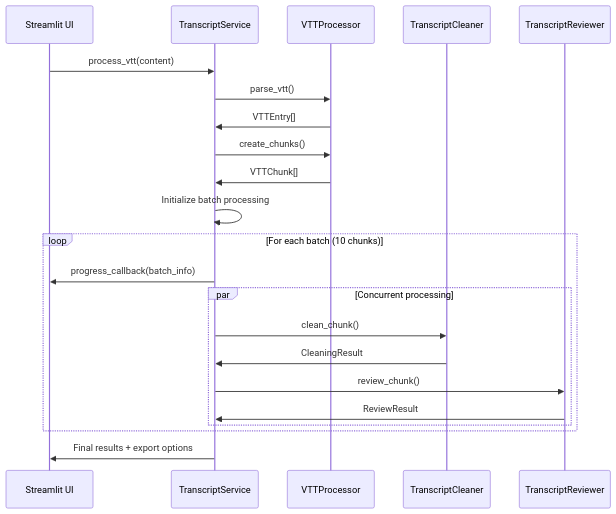
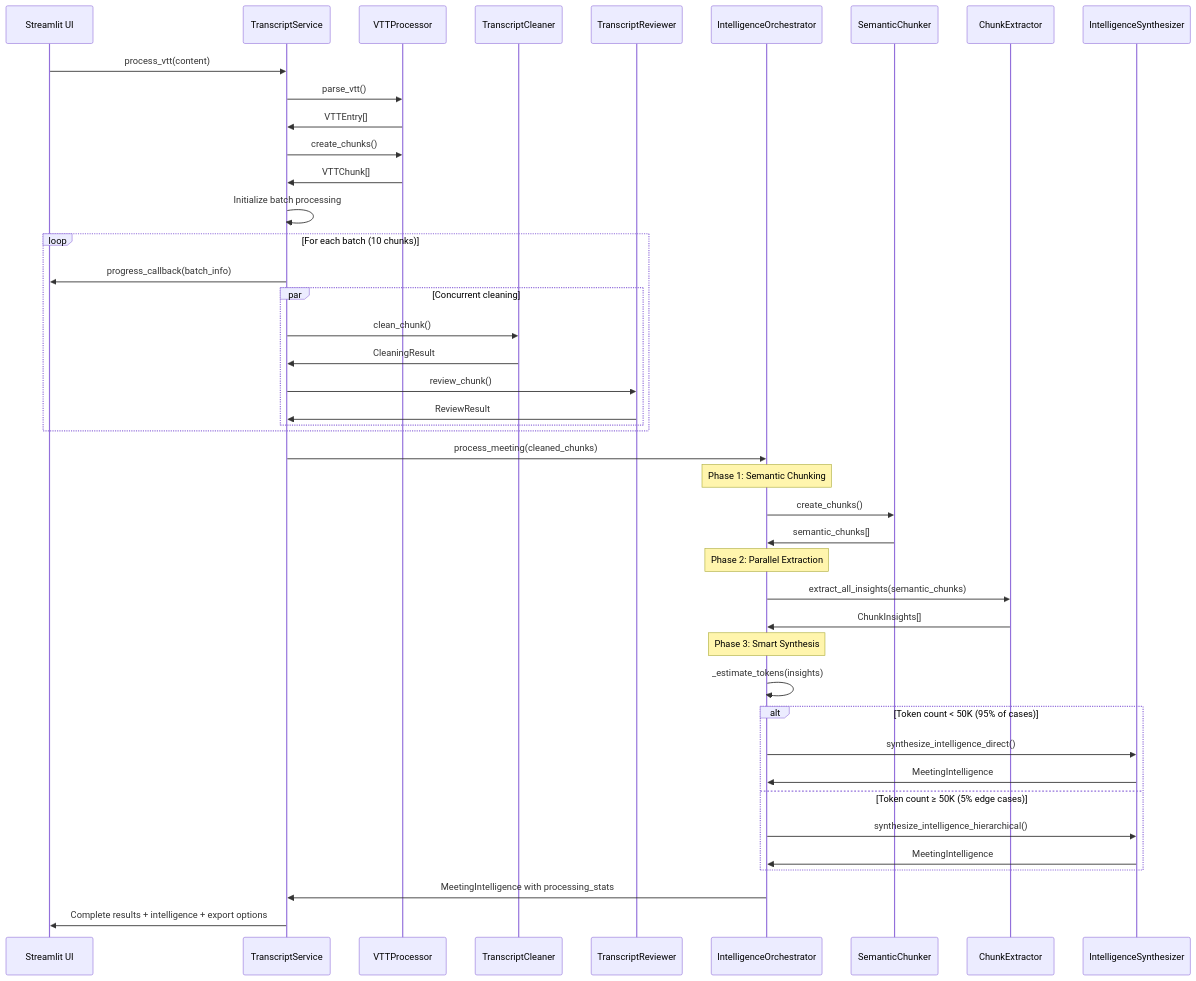
One commit to denim-bluu/meeting_transcripts_cleaner changed the third of 3 diagrams in README.md. Above: the diagram before and after it, drawn with Mermaid. The commit also changed other lines of this file, not shown here.

First line of the commit message:
doc: Update README for production-grade meeting intelligence

````diff
--- a/README.md
+++ b/README.md
@@ -188,29 +201,55 @@
 ```mermaid
 sequenceDiagram
     participant UI as Streamlit UI
     participant TS as TranscriptService
     participant VP as VTTProcessor
     participant TC as TranscriptCleaner
     participant TR as TranscriptReviewer
+    participant IO as IntelligenceOrchestrator
+    participant SC as SemanticChunker
+    participant CE as ChunkExtractor
+    participant IS as IntelligenceSynthesizer
 
     UI->>TS: process_vtt(content)
     TS->>VP: parse_vtt()
     VP->>TS: VTTEntry[]
     TS->>VP: create_chunks()
     VP->>TS: VTTChunk[]
 
     TS->>TS: Initialize batch processing
 
     loop For each batch (10 chunks)
         TS->>UI: progress_callback(batch_info)
 
-        par Concurrent processing
+        par Concurrent cleaning
             TS->>TC: clean_chunk()
             TC->>TS: CleaningResult
             TS->>TR: review_chunk()
             TR->>TS: ReviewResult
         end
     end
 
-    TS->>UI: Final results + export options
+    TS->>IO: process_meeting(cleaned_chunks)
+    
+    Note over IO: Phase 1: Semantic Chunking
+    IO->>SC: create_chunks()
+    SC->>IO: semantic_chunks[]
+    
+    Note over IO: Phase 2: Parallel Extraction
+    IO->>CE: extract_all_insights(semantic_chunks)
+    CE->>IO: ChunkInsights[]
+    
+    Note over IO: Phase 3: Smart Synthesis
+    IO->>IO: _estimate_tokens(insights)
+    
+    alt Token count < 50K (95% of cases)
+        IO->>IS: synthesize_intelligence_direct()
+        IS->>IO: MeetingIntelligence
+    else Token count ≥ 50K (5% edge cases)
+        IO->>IS: synthesize_intelligence_hierarchical()
+        IS->>IO: MeetingIntelligence
+    end
+    
+    IO->>TS: MeetingIntelligence with processing_stats
+    TS->>UI: Complete results + intelligence + export options
 ```
````
